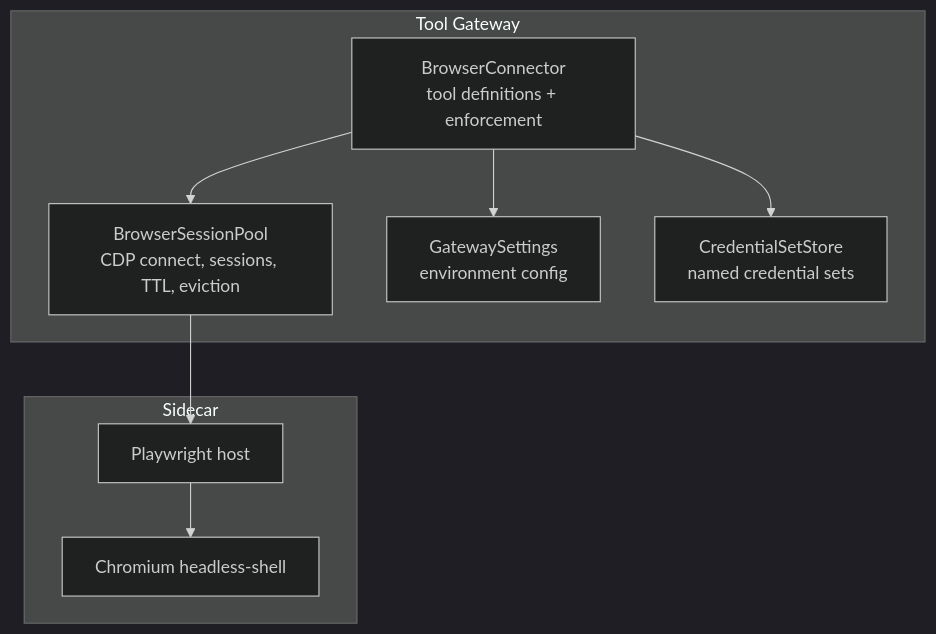
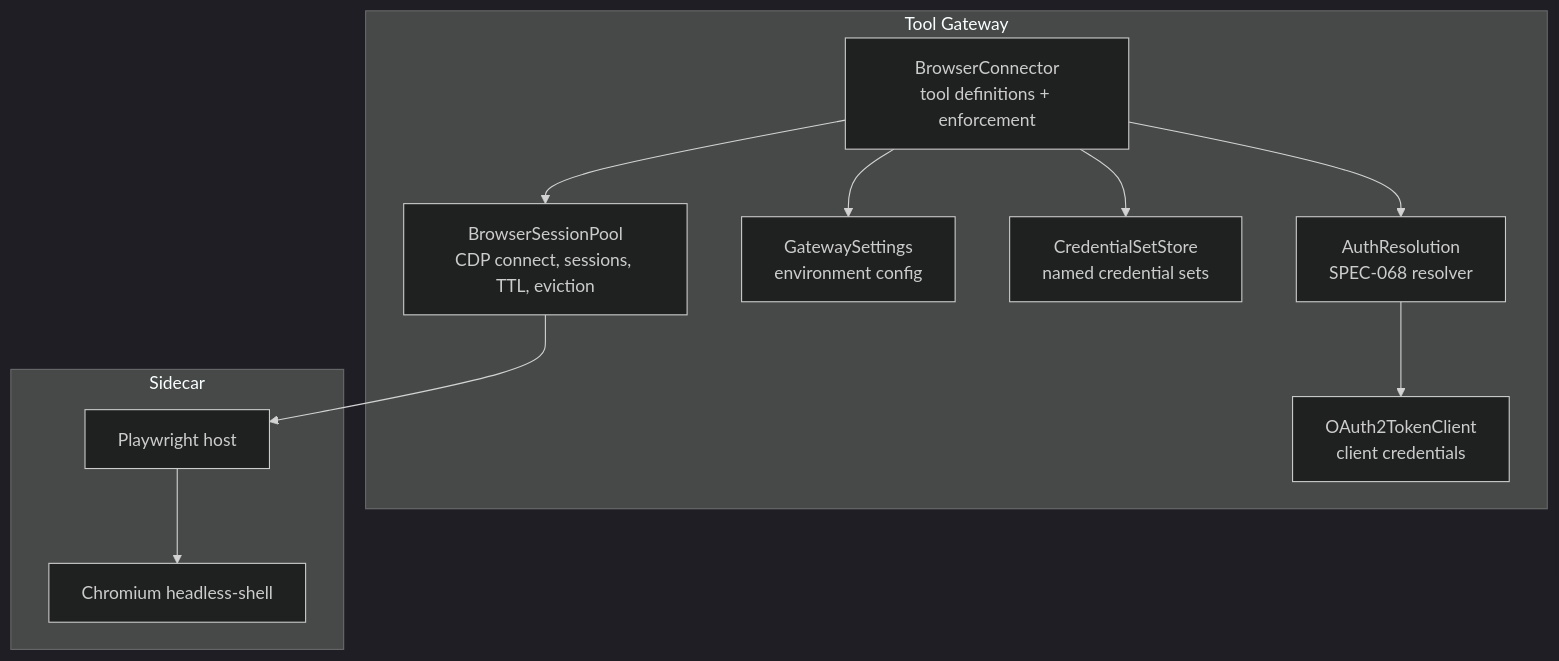
One commit to alainlei/luban-aiops changed the first of 7 diagrams in .qoder/repowiki/en/content/Core Services/Tool Gateway/Built-in Tool Connectors/Browser Connector.md. Above: the diagram before and after it, drawn with Mermaid (dark theme). The commit also changed other lines of this file and 93 other files, not shown here.

````diff
--- a/.qoder/repowiki/en/content/Core Services/Tool Gateway/Built-in Tool Connectors/Browser Connector.md
+++ b/.qoder/repowiki/en/content/Core Services/Tool Gateway/Built-in Tool Connectors/Browser Connector.md
@@ -59,18 +57,22 @@
 ```mermaid
 graph TB
 subgraph "Tool Gateway"
 BC["BrowserConnector<br/>tool definitions + enforcement"]
 SP["BrowserSessionPool<br/>CDP connect, sessions, TTL, eviction"]
 CFG["GatewaySettings<br/>environment config"]
 CS["CredentialSetStore<br/>named credential sets"]
+AR["AuthResolution<br/>SPEC-068 resolver"]
+OC["OAuth2TokenClient<br/>client credentials"]
 end
 subgraph "Sidecar"
 PW["Playwright host"]
 BR["Chromium headless-shell"]
 end
 BC --> SP
 SP --> PW
 PW --> BR
 BC --> CS
 BC --> CFG
+BC --> AR
+AR --> OC
 ```
````
